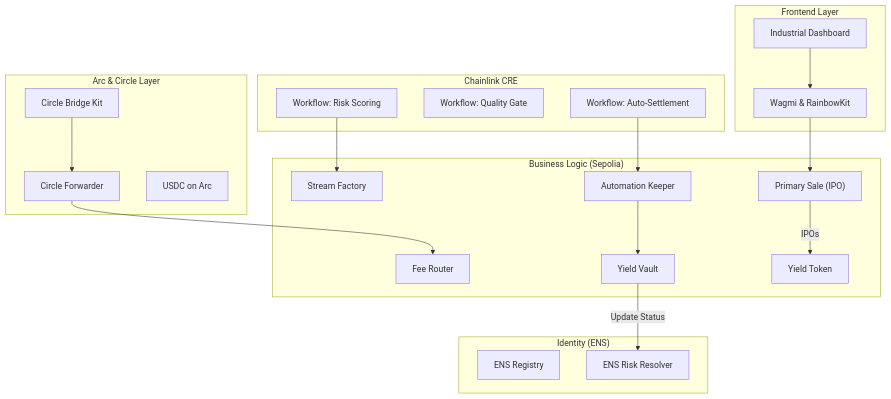
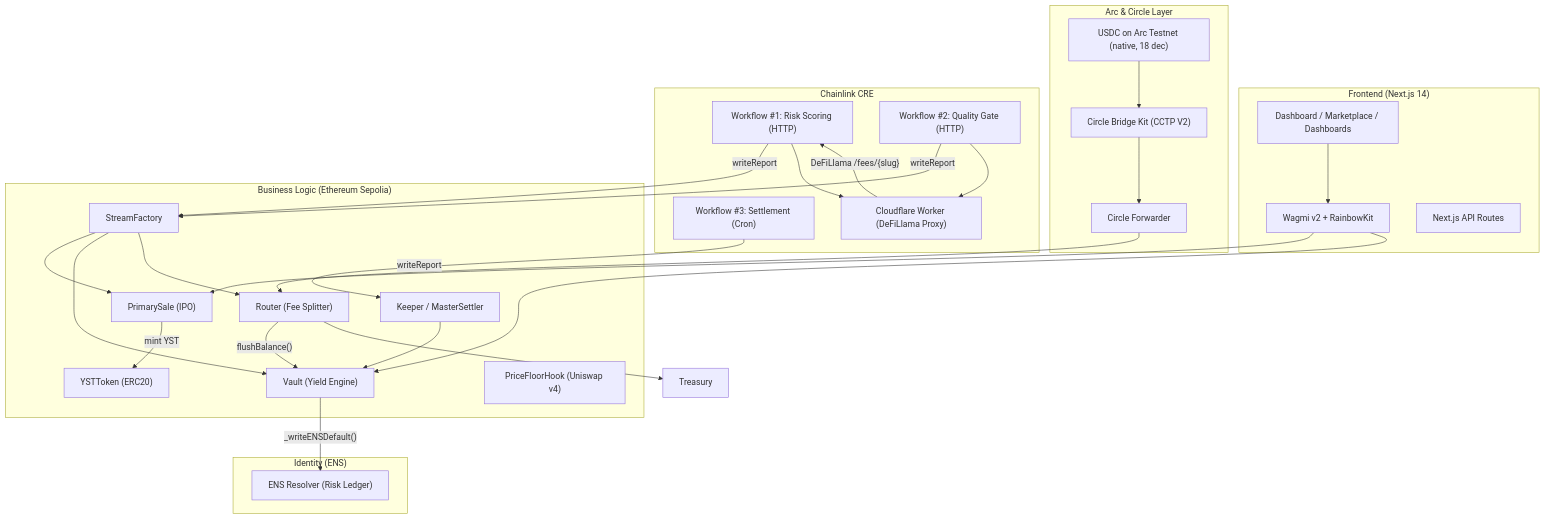
The first of 2 diagrams in README.md (Mariussgal/ETH-GLOBAL-CANNES-2026), drawn with Mermaid before and after one commit. The commit also changed other lines of this file and 1 other file, not shown here.

First line of the commit message:
Enhance README.md with detailed YSM features and architecture

````diff
--- a/README.md
+++ b/README.md
@@ -34,43 +37,54 @@
 ```mermaid
 flowchart TB
-    subgraph Frontend["Frontend Layer"]
-        UI["Industrial Dashboard"]
-        Wagmi["Wagmi & RainbowKit"]
+    subgraph Frontend["Frontend (Next.js 14)"]
+        UI["Dashboard / Marketplace / Dashboards"]
+        Wagmi["Wagmi v2 + RainbowKit"]
+        NextAPI["Next.js API Routes"]
     end
 
     subgraph Arc["Arc & Circle Layer"]
-        Bridge["Circle Bridge Kit"]
+        ArcUSDC["USDC on Arc Testnet (native, 18 dec)"]
+        BridgeKit["Circle Bridge Kit (CCTP V2)"]
         Forwarder["Circle Forwarder"]
-        ArcUSDC["USDC on Arc"]
     end
 
-    subgraph Chainlink["Chainlink CRE"]
-        WF1["Workflow: Risk Scoring"]
-        WF2["Workflow: Quality Gate"]
-        WF3["Workflow: Auto-Settlement"]
+    subgraph CRE["Chainlink CRE"]
+        WF1["Workflow #1: Risk Scoring (HTTP)"]
+        WF2["Workflow #2: Quality Gate (HTTP)"]
+        WF3["Workflow #3: Settlement (Cron)"]
+        CF["Cloudflare Worker (DeFiLlama Proxy)"]
     end
 
-    subgraph Sepolia["Business Logic (Sepolia)"]
-        Factory["Stream Factory"]
-        Primary["Primary Sale (IPO)"]
-        Router["Fee Router"]
-        Vault["Yield Vault"]
-        YST["Yield Token"]
-        Keeper["Automation Keeper"]
+    subgraph Sepolia["Business Logic (Ethereum Sepolia)"]
+        Factory["StreamFactory"]
+        Primary["PrimarySale (IPO)"]
+        Router["Router (Fee Splitter)"]
+        Vault["Vault (Yield Engine)"]
+        YST["YSTToken (ERC20)"]
+        Keeper["Keeper / MasterSettler"]
+        PFH["PriceFloorHook (Uniswap v4)"]
     end
 
     subgraph ENS["Identity (ENS)"]
-        Registry["ENS Registry"]
-        Resolver["ENS Risk Resolver"]
+        Resolver["ENS Resolver (Risk Ledger)"]
     end
 
     UI --> Wagmi
     Wagmi --> Primary
-    Bridge --> Forwarder
+    Wagmi --> Vault
+    ArcUSDC --> BridgeKit
+    BridgeKit --> Forwarder
     Forwarder --> Router
-    WF1 --> Factory
-    WF3 --> Keeper
+    Router -->|"flushBalance()"| Vault
+    Router --> Treasury["Treasury"]
+    WF1 & WF2 -->|writeReport| Factory
+    WF3 -->|writeReport| Keeper
+    WF1 & WF2 --> CF
+    CF -->|"DeFiLlama /fees/{slug}"| WF1
     Keeper --> Vault
-    Vault -->|Update Status| Resolver
-    Primary -->|IPOs| YST
+    Vault -->|"_writeENSDefault()"| Resolver
+    Primary -->|"mint YST"| YST
+    Factory --> Primary
+    Factory --> Vault
+    Factory --> Router
 ```
````
